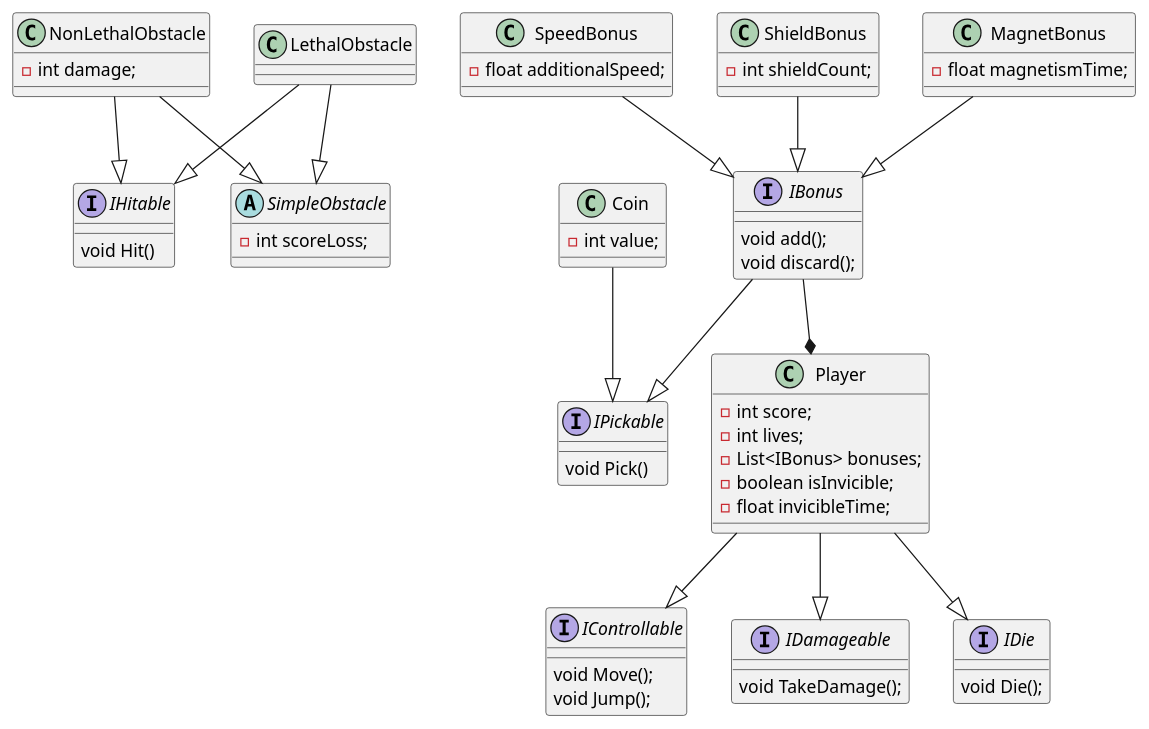
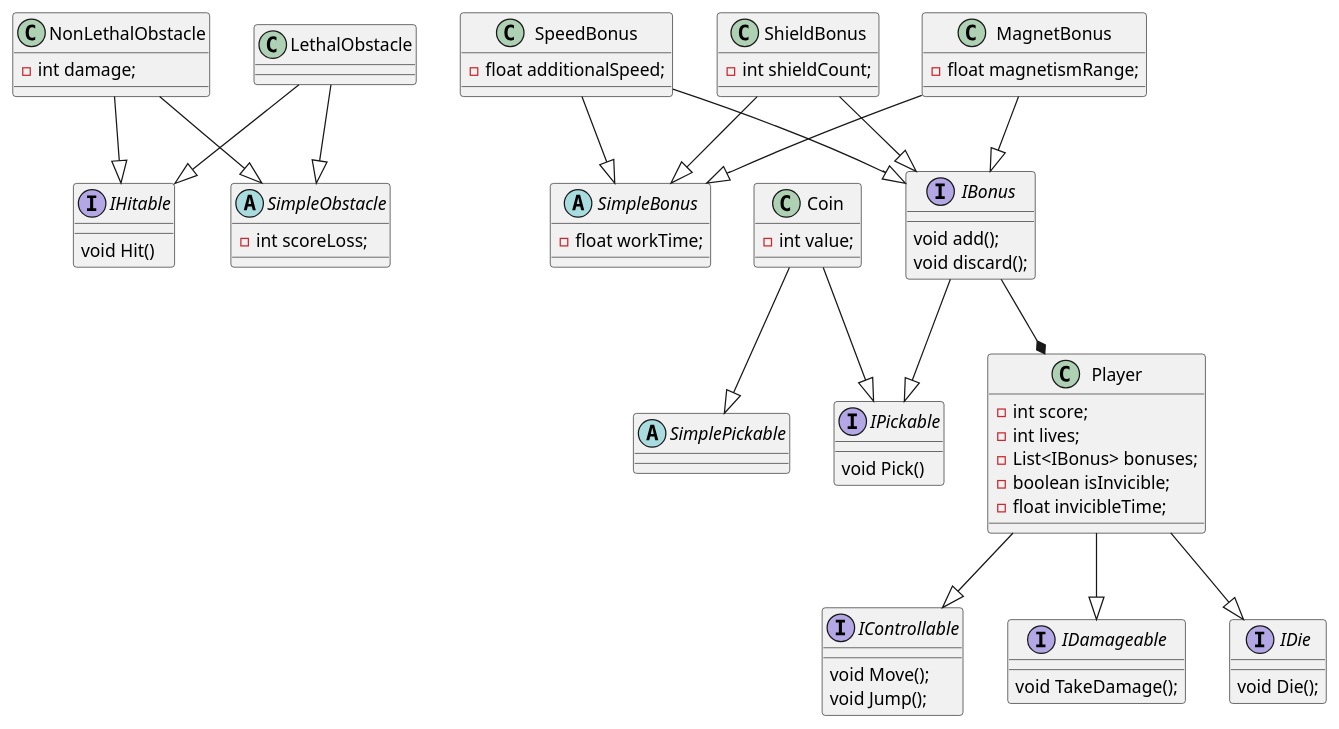
One commit to carakazov/ball-game changed the diagram in class-diagram.wsd. Above: the diagram before and after it, drawn with PlantUML. The commit also changed 1 other file, not shown here.

Commit message:
provider diagram and some class diagram changes

```diff
--- a/class-diagram.wsd
+++ b/class-diagram.wsd
@@ -1,82 +1,93 @@
 @startuml class-diagram
     interface IHitable {
         void Hit()
     }
 
     interface IPickable {
         void Pick()
     }
     
     interface IControllable {
         void Move();
         void Jump();
     }
 
     interface IDamageable {
         void TakeDamage();
     }
 
     interface IBonus {
         void add(); 
         void discard();
     }
 
     interface IDie {
         void Die();
     }
 
     class Player {
         - int score;
         - int lives;
         - List<IBonus> bonuses; 
         - boolean isInvicible; 
         - float invicibleTime;
     }
 
     class Coin {
         - int value;
     }
 
     abstract SimpleObstacle {
         - int scoreLoss;
     }
 
+    abstract SimplePickable {
+        
+    }
+
+    abstract SimpleBonus {
+        - float workTime;
+    }
+
     class NonLethalObstacle {
         - int damage; 
     }
 
     class LethalObstacle {
 
     }
 
     class SpeedBonus {
         - float additionalSpeed; 
     }
 
     class ShieldBonus {
         - int shieldCount; 
     }
 
     class MagnetBonus {
-        - float magnetismTime;
+        - float magnetismRange;
     }
 
     class LethalObstacle {
 
     }
 
-
+    Coin --|> SimplePickable
+    SpeedBonus --|> SimpleBonus
+    ShieldBonus --|> SimpleBonus
+    MagnetBonus --|> SimpleBonus
     LethalObstacle --|> SimpleObstacle
     NonLethalObstacle --|> SimpleObstacle
     NonLethalObstacle --|> IHitable
     IBonus --|> IPickable
     LethalObstacle --|> IHitable
     SpeedBonus --|> IBonus
     ShieldBonus --|> IBonus
     MagnetBonus --|> IBonus
     Coin --|> IPickable 
     Player --|> IControllable
     Player --|> IDamageable
     IBonus --* Player
     Player --|> IDie 
 @enduml
```
